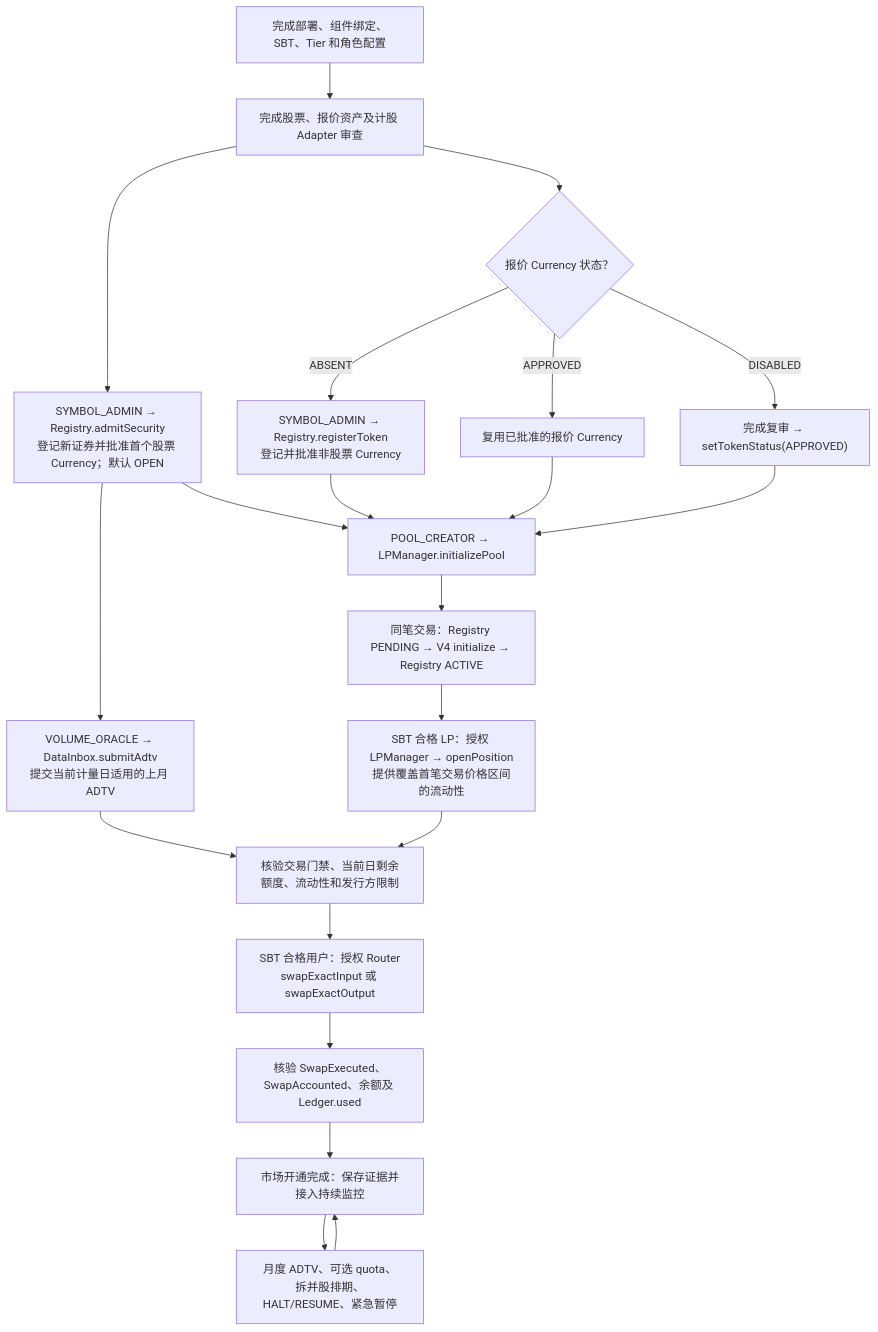
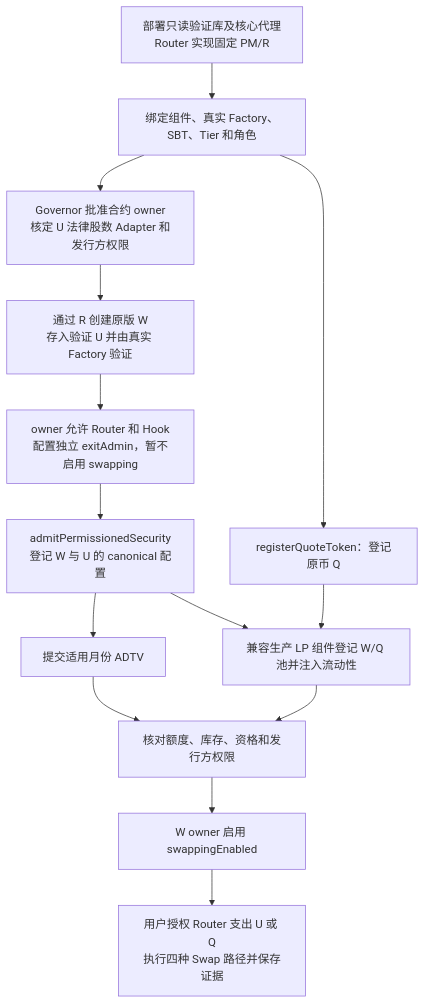
Before and after one commit to okx/tsv: the diagram in docs/OPENING_A_STOCK_MARKET_V1.md, drawn with Mermaid. The commit also changed other lines of this file and 102 other files, not shown here.

Commit message:
feat(tsv): implement permissioned Registry and Wrapped Swap

````diff
--- a/docs/OPENING_A_STOCK_MARKET_V1.md
+++ b/docs/OPENING_A_STOCK_MARKET_V1.md
@@ -11,23 +7,16 @@
 ```mermaid
 flowchart TD
-    A["完成部署、组件绑定、SBT、Tier 和角色配置"] --> B["完成股票、报价资产及计股 Adapter 审查"]
-    B --> C["SYMBOL_ADMIN → Registry.admitSecurity<br/>登记新证券并批准首个股票 Currency；默认 OPEN"]
-    B --> Q{"报价 Currency 状态？"}
-    Q -- ABSENT --> Q1["SYMBOL_ADMIN → Registry.registerToken<br/>登记并批准非股票 Currency"]
-    Q -- APPROVED --> Q2["复用已批准的报价 Currency"]
-    Q -- DISABLED --> Q3["完成复审 → setTokenStatus(APPROVED)"]
-    C --> D["VOLUME_ORACLE → DataInbox.submitAdtv<br/>提交当前计量日适用的上月 ADTV"]
-    C --> E["POOL_CREATOR → LPManager.initializePool"]
-    Q1 --> E
-    Q2 --> E
-    Q3 --> E
-    E --> F["同笔交易：Registry PENDING → V4 initialize → Registry ACTIVE"]
-    F --> G["SBT 合格 LP：授权 LPManager → openPosition<br/>提供覆盖首笔交易价格区间的流动性"]
-    D --> H["核验交易门禁、当前日剩余额度、流动性和发行方限制"]
-    G --> H
-    H --> I["SBT 合格用户：授权 Router<br/>swapExactInput 或 swapExactOutput"]
-    I --> J["核验 SwapExecuted、SwapAccounted、余额及 Ledger.used"]
-    J --> K["市场开通完成：保存证据并接入持续监控"]
-    K --> L["月度 ADTV、可选 quota、拆并股排期、HALT/RESUME、紧急暂停"]
-    L --> K
+    A[部署只读验证库及核心代理<br/>Router 实现固定 PM/R] --> B[绑定组件、真实 Factory、SBT、Tier 和角色]
+    B --> C[Governor 批准合约 owner<br/>核定 U 法律股数 Adapter 和发行方权限]
+    C --> D[通过 R 创建原版 W<br/>存入验证 U 并由真实 Factory 验证]
+    D --> E[owner 允许 Router 和 Hook<br/>配置独立 exitAdmin，暂不启用 swapping]
+    E --> F[admitPermissionedSecurity<br/>登记 W 与 U 的 canonical 配置]
+    B --> Q[registerQuoteToken：登记原币 Q]
+    F --> V[提交适用月份 ADTV]
+    F --> L[兼容生产 LP 组件登记 W/Q 池并注入流动性]
+    Q --> L
+    V --> G[核对额度、库存、资格和发行方权限]
+    L --> G
+    G --> H[W owner 启用 swappingEnabled]
+    H --> I[用户授权 Router 支出 U 或 Q<br/>执行四种 Swap 路径并保存证据]
 ```
````
